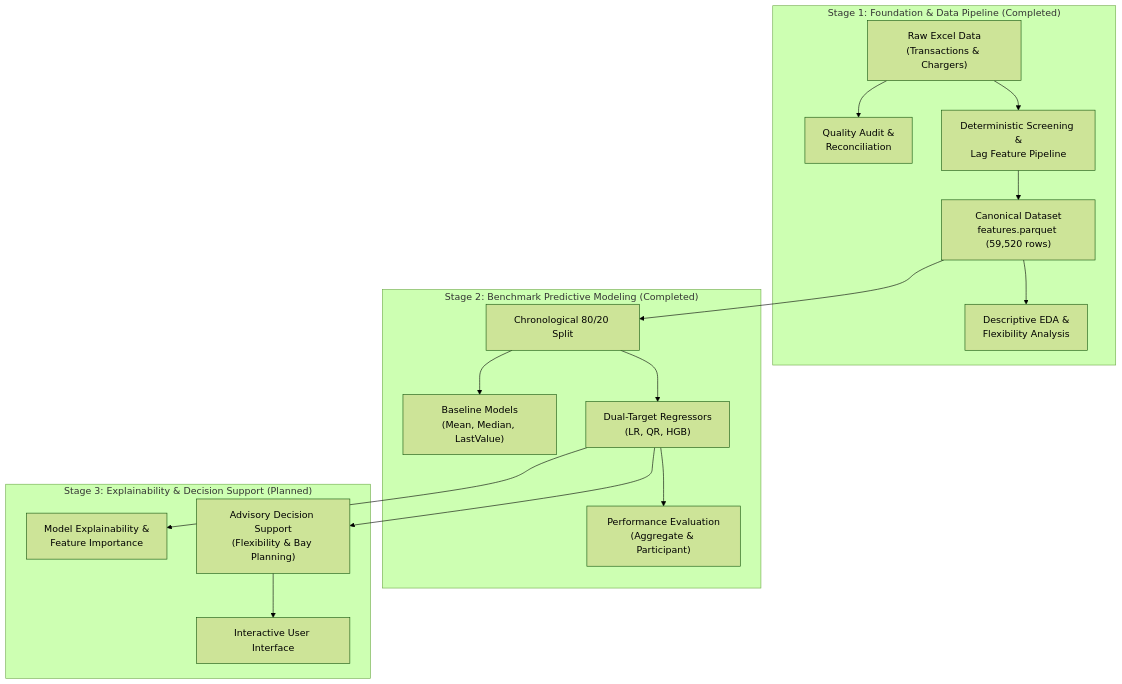
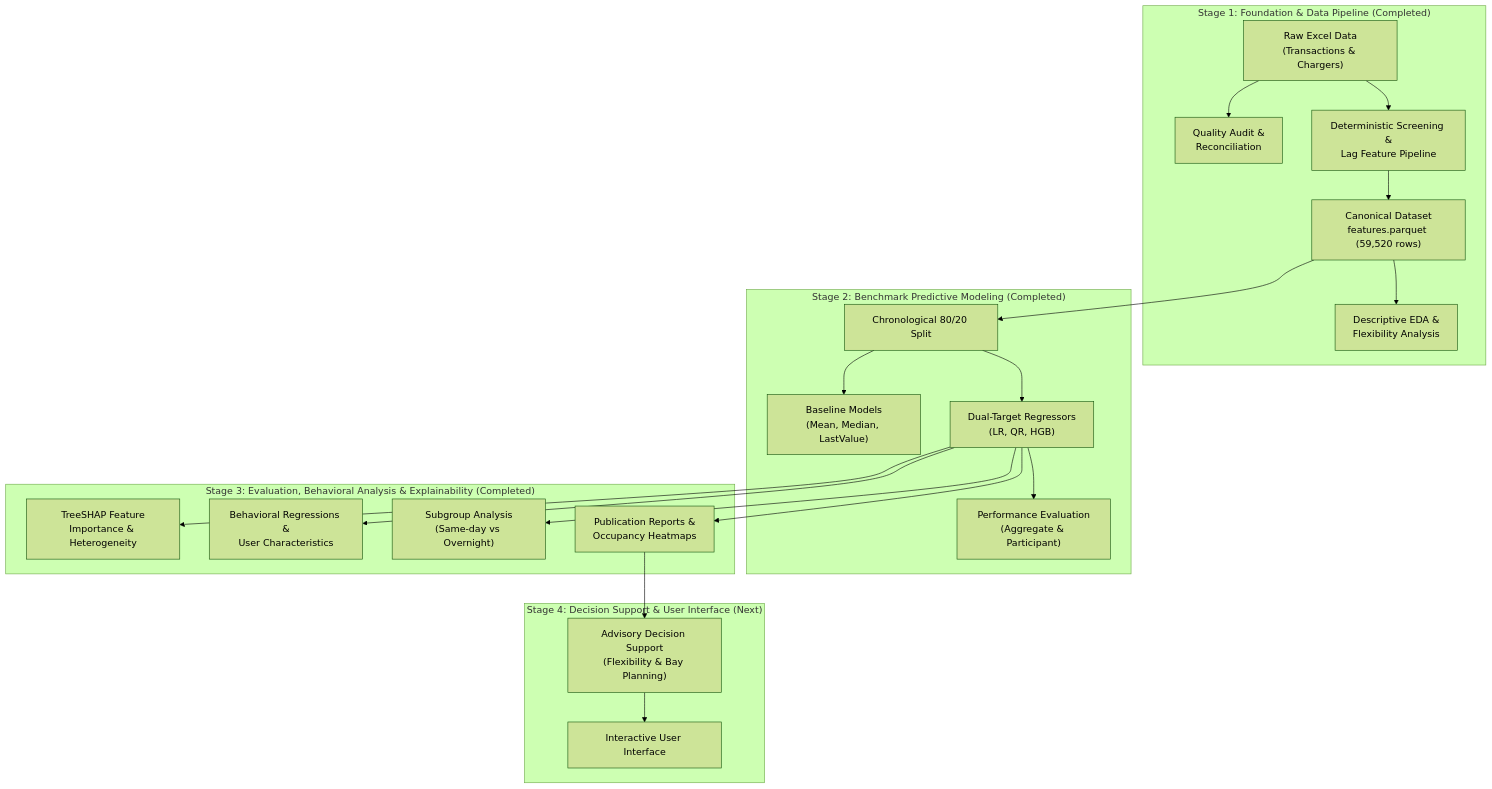
One commit to nayanojwal0810/Tarang changed the diagram in docs/architecture/project_structure.md. Above: the diagram before and after it, drawn with Mermaid (forest theme). The commit also changed other lines of this file and 48 other files, not shown here.

Commit message:
feat(evaluation): implement stage 3 model evaluation, behavioral analysis and explainability

````diff
--- a/docs/architecture/project_structure.md
+++ b/docs/architecture/project_structure.md
@@ -176,22 +224,28 @@
 ```mermaid
 flowchart TD
     subgraph Stage1["Stage 1: Foundation & Data Pipeline (Completed)"]
         RawData["Raw Excel Data\n(Transactions & Chargers)"] --> Audit["Quality Audit &\nReconciliation"]
         RawData --> Screening["Deterministic Screening &\nLag Feature Pipeline"]
         Screening --> CanonicalParquet["Canonical Dataset\nfeatures.parquet (59,520 rows)"]
         CanonicalParquet --> EDA["Descriptive EDA &\nFlexibility Analysis"]
     end
 
     subgraph Stage2["Stage 2: Benchmark Predictive Modeling (Completed)"]
         CanonicalParquet --> Split["Chronological 80/20 Split"]
         Split --> Baselines["Baseline Models\n(Mean, Median, LastValue)"]
         Split --> Regressors["Dual-Target Regressors\n(LR, QR, HGB)"]
         Regressors --> Eval["Performance Evaluation\n(Aggregate & Participant)"]
     end
 
-    subgraph Stage3["Stage 3: Explainability & Decision Support (Planned)"]
-        Regressors --> Explainability["Model Explainability &\nFeature Importance"]
-        Regressors --> DecisionSupport["Advisory Decision Support\n(Flexibility & Bay Planning)"]
+    subgraph Stage3["Stage 3: Evaluation, Behavioral Analysis & Explainability (Completed)"]
+        Regressors --> SHAP["TreeSHAP Feature\nImportance & Heterogeneity"]
+        Regressors --> Behavior["Behavioral Regressions &\nUser Characteristics"]
+        Regressors --> Subgroups["Subgroup Analysis\n(Same-day vs Overnight)"]
+        Regressors --> Reports["Publication Reports &\nOccupancy Heatmaps"]
+    end
+
+    subgraph Stage4["Stage 4: Decision Support & User Interface (Next)"]
+        Reports --> DecisionSupport["Advisory Decision Support\n(Flexibility & Bay Planning)"]
         DecisionSupport --> UserInterface["Interactive User Interface"]
     end
 ```
````
